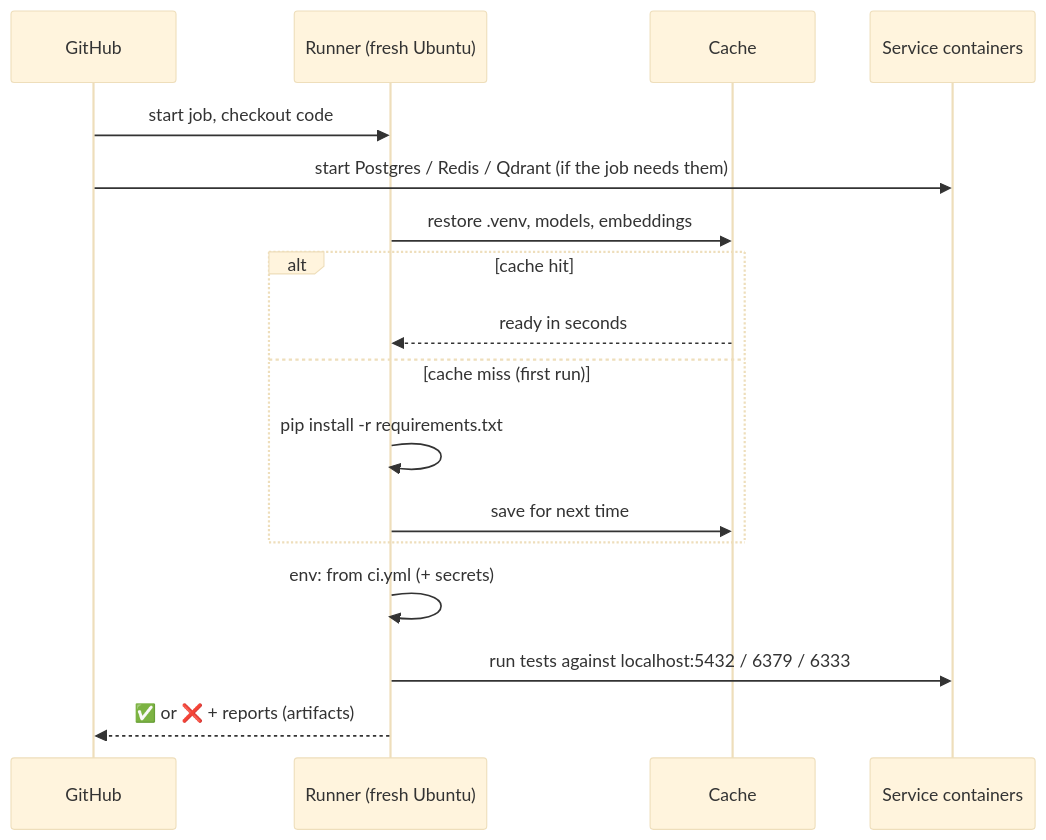
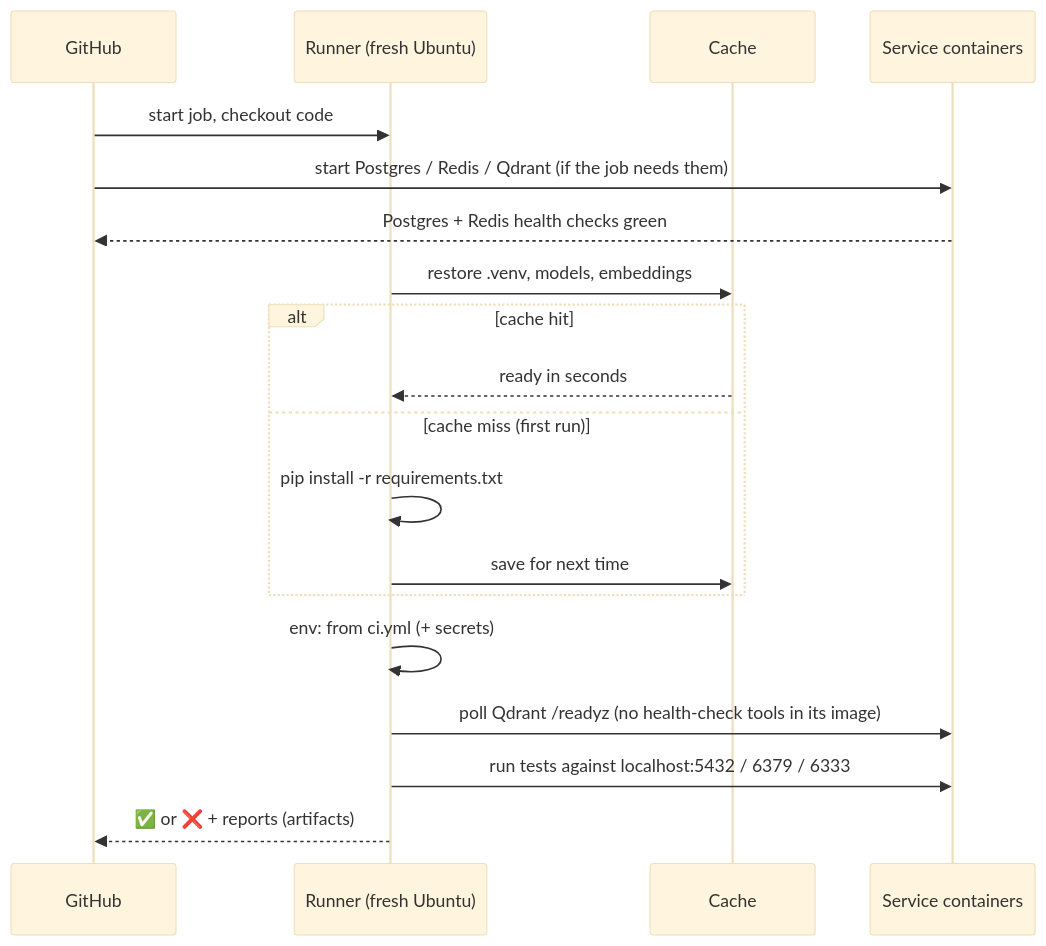
One commit to MoHatemTC/barq-sprints-agentic-incident-resolution-platform-g2 changed the third of 7 diagrams in docs/CI_CD.md. Above: the diagram before and after it, drawn with Mermaid (base theme). The commit also changed other lines of this file and 1 other file, not shown here.

````diff
--- a/docs/CI_CD.md
+++ b/docs/CI_CD.md
@@ -70,20 +76,22 @@
 ```mermaid
 sequenceDiagram
     participant GH as GitHub
     participant R as Runner (fresh Ubuntu)
     participant C as Cache
     participant S as Service containers
 
     GH->>R: start job, checkout code
     GH->>S: start Postgres / Redis / Qdrant (if the job needs them)
+    S-->>GH: Postgres + Redis health checks green
     R->>C: restore .venv, models, embeddings
     alt cache hit
         C-->>R: ready in seconds
     else cache miss (first run)
         R->>R: pip install -r requirements.txt
         R->>C: save for next time
     end
     R->>R: env: from ci.yml (+ secrets)
+    R->>S: poll Qdrant /readyz (no health-check tools in its image)
     R->>S: run tests against localhost:5432 / 6379 / 6333
     R-->>GH: ✅ or ❌ + reports (artifacts)
 ```
````
